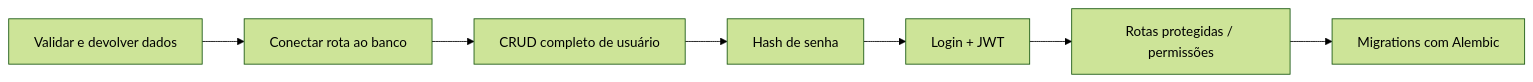
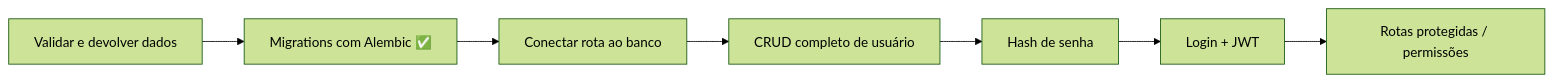
The fourth of 4 diagrams in docs/resumo-estudos.md (ViniciosMSantos/backend), drawn with Mermaid (forest theme) before and after one commit. The commit also changed other lines of this file and 25 other files, not shown here.

First line of the commit message:
Adiciona Alembic para migrations e conclui testes do ORM

````diff
--- a/docs/resumo-estudos.md
+++ b/docs/resumo-estudos.md
@@ -204,9 +709,9 @@
 ```mermaid
 graph LR
-    A[Validar e devolver dados] --> B[Conectar rota ao banco]
+    A[Validar e devolver dados] --> M["Migrations com Alembic ✅"]
+    M --> B[Conectar rota ao banco]
     B --> C[CRUD completo de usuário]
     C --> D[Hash de senha]
     D --> E[Login + JWT]
     E --> F[Rotas protegidas / permissões]
-    F --> G[Migrations com Alembic]
 ```
````
